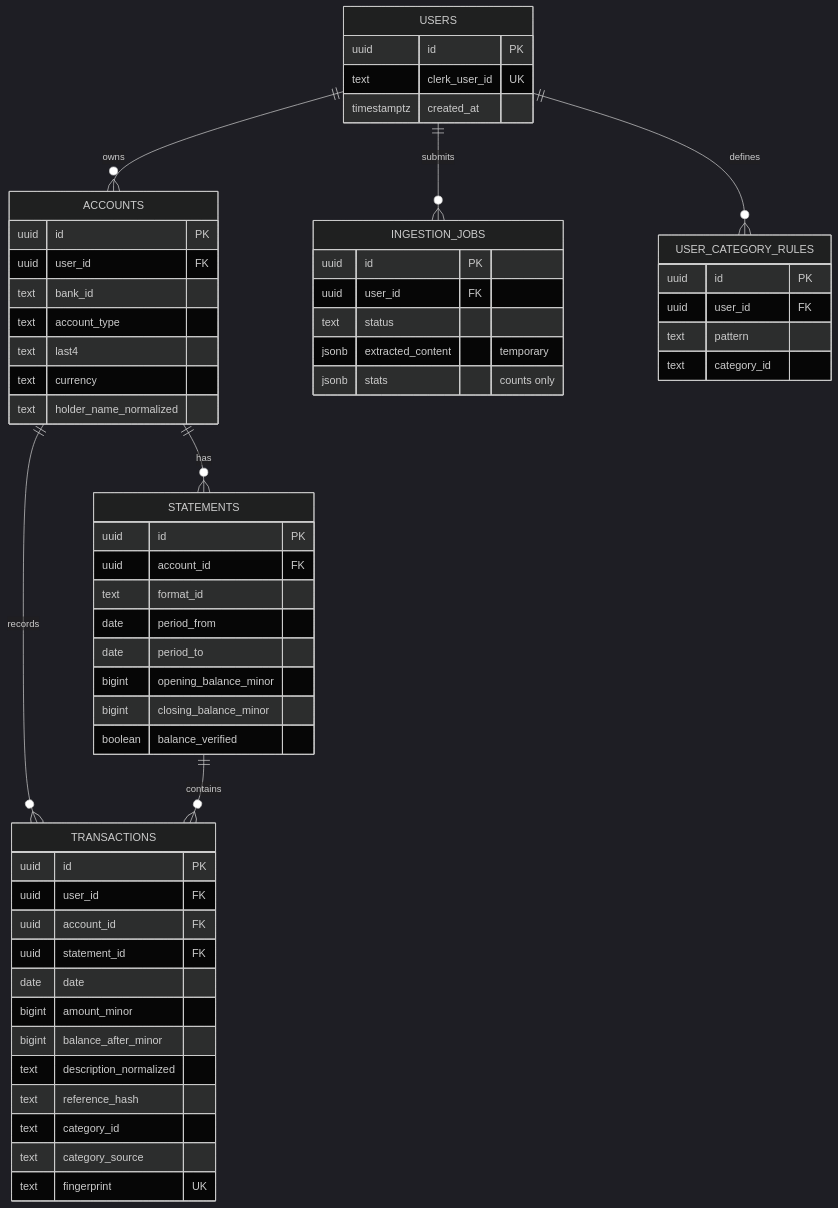
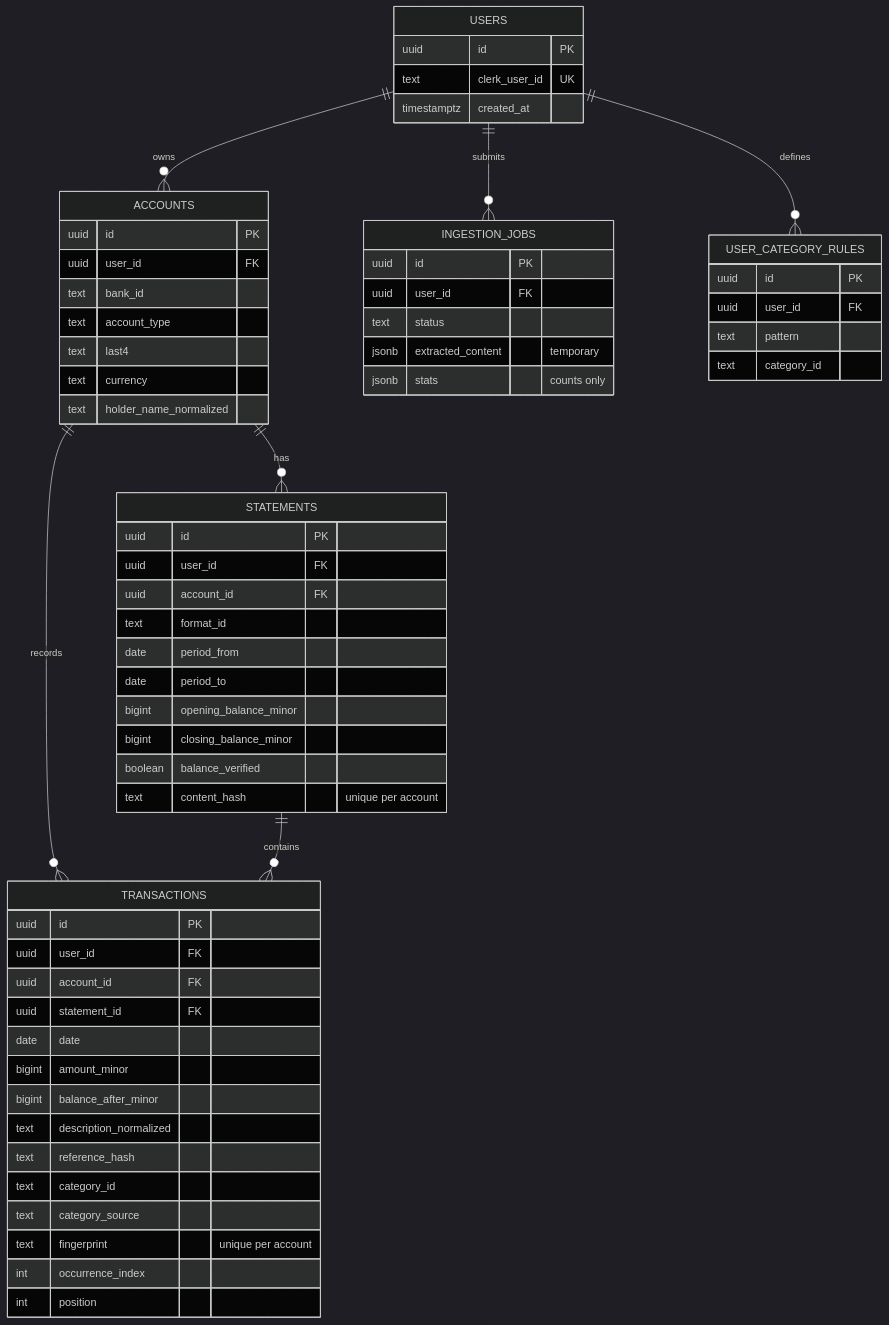
The third of 7 diagrams in docs/ARCHITECTURE.md (ingcarlostello/xtrakto), drawn with Mermaid (dark theme) before and after one commit. The commit also changed other lines of this file and 25 other files, not shown here.

Commit message:
feat(db): schema v1

````diff
--- a/docs/ARCHITECTURE.md
+++ b/docs/ARCHITECTURE.md
@@ -157,60 +157,64 @@
 ```mermaid
 erDiagram
     USERS ||--o{ ACCOUNTS : owns
     USERS ||--o{ INGESTION_JOBS : submits
     USERS ||--o{ USER_CATEGORY_RULES : defines
     ACCOUNTS ||--o{ STATEMENTS : has
     ACCOUNTS ||--o{ TRANSACTIONS : records
     STATEMENTS ||--o{ TRANSACTIONS : contains
     USERS {
         uuid id PK
         text clerk_user_id UK
         timestamptz created_at
     }
     ACCOUNTS {
         uuid id PK
         uuid user_id FK
         text bank_id
         text account_type
         text last4
         text currency
         text holder_name_normalized
     }
     STATEMENTS {
         uuid id PK
+        uuid user_id FK
         uuid account_id FK
         text format_id
         date period_from
         date period_to
         bigint opening_balance_minor
         bigint closing_balance_minor
         boolean balance_verified
+        text content_hash "unique per account"
     }
     TRANSACTIONS {
         uuid id PK
         uuid user_id FK
         uuid account_id FK
         uuid statement_id FK
         date date
         bigint amount_minor
         bigint balance_after_minor
         text description_normalized
         text reference_hash
         text category_id
         text category_source
-        text fingerprint UK
+        text fingerprint "unique per account"
+        int occurrence_index
+        int position
     }
     INGESTION_JOBS {
         uuid id PK
         uuid user_id FK
         text status
         jsonb extracted_content "temporary"
         jsonb stats "counts only"
     }
     USER_CATEGORY_RULES {
         uuid id PK
         uuid user_id FK
         text pattern
         text category_id
     }
 ```
````
